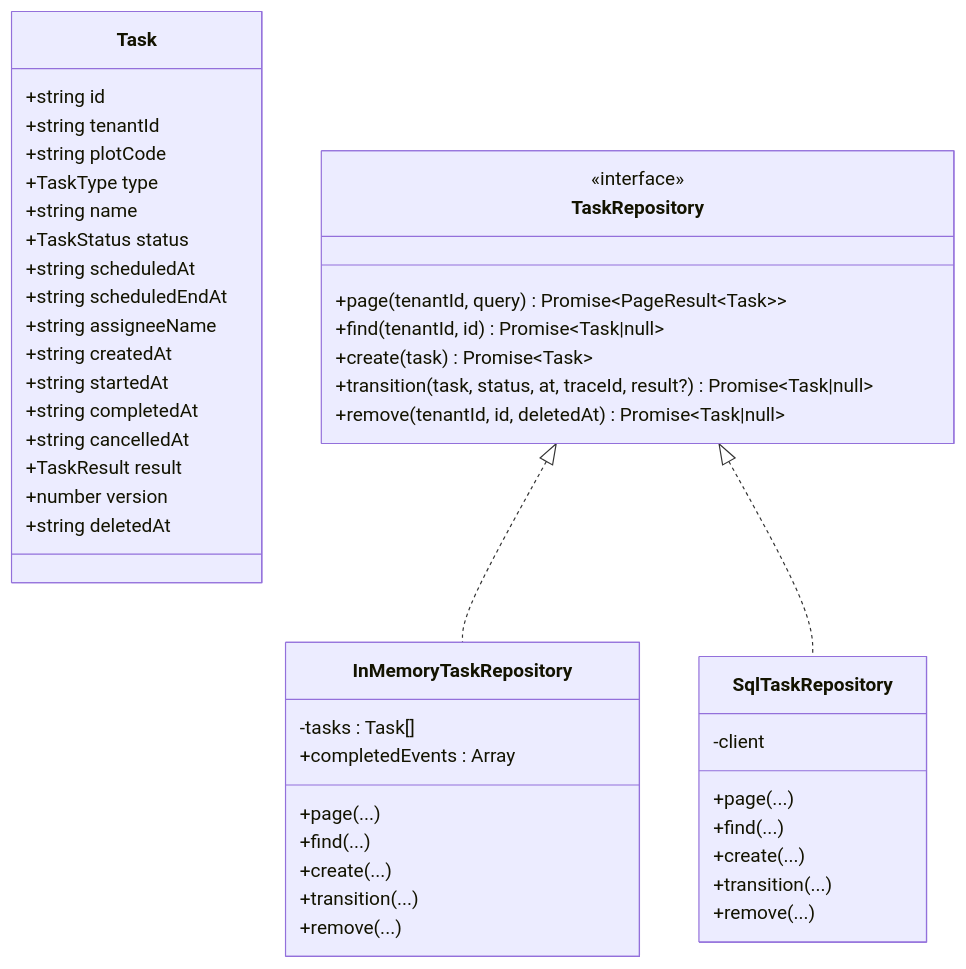
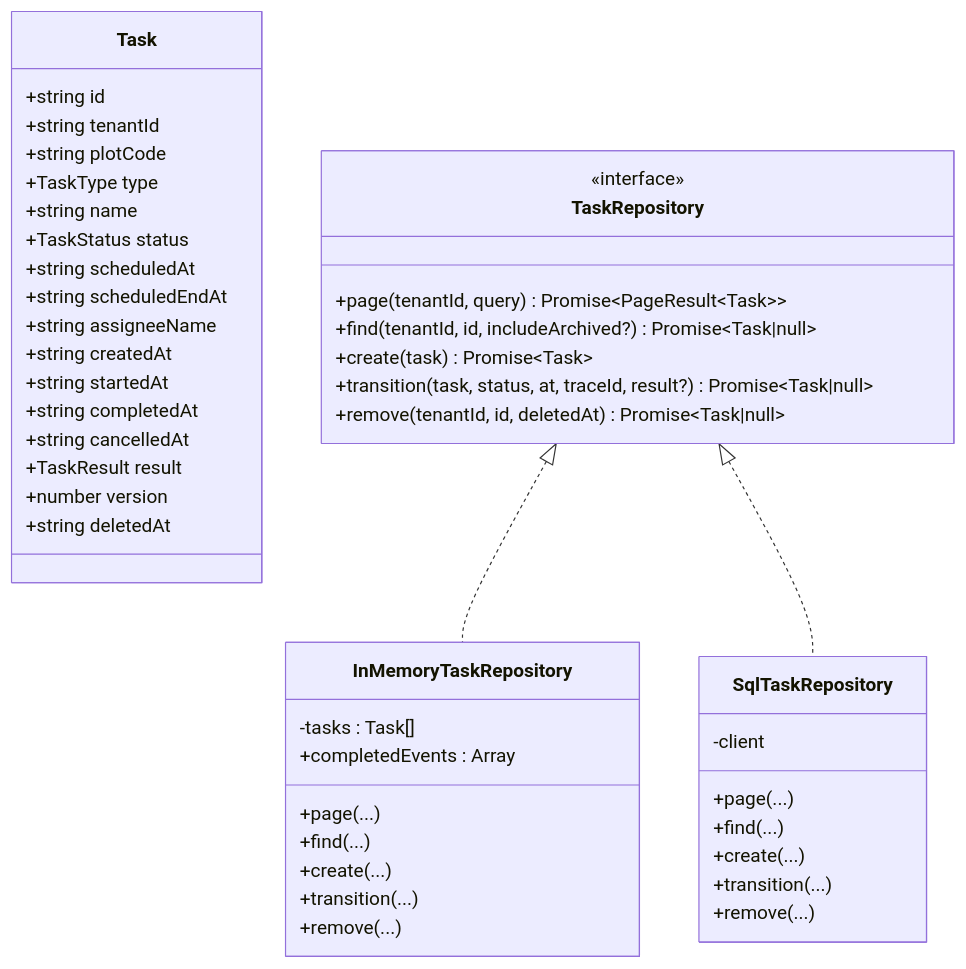
One commit to q446328246/agri-platform changed the fourth of 9 diagrams in .qoder/repowiki/zh/content/核心服务文档/作业服务.md. Above: the diagram before and after it, drawn with Mermaid. The commit also changed other lines of this file and 42 other files, not shown here.

````diff
--- a/.qoder/repowiki/zh/content/核心服务文档/作业服务.md
+++ b/.qoder/repowiki/zh/content/核心服务文档/作业服务.md
@@ -200,48 +207,48 @@
 ```mermaid
 classDiagram
 class Task {
 +string id
 +string tenantId
 +string plotCode
 +TaskType type
 +string name
 +TaskStatus status
 +string scheduledAt
 +string scheduledEndAt
 +string assigneeName
 +string createdAt
 +string startedAt
 +string completedAt
 +string cancelledAt
 +TaskResult result
 +number version
 +string deletedAt
 }
 class TaskRepository {
 <<interface>>
 +page(tenantId, query) Promise~PageResult~Task~~
-+find(tenantId, id) Promise~Task|null~
++find(tenantId, id, includeArchived?) Promise~Task|null~
 +create(task) Promise~Task~
 +transition(task, status, at, traceId, result?) Promise~Task|null~
 +remove(tenantId, id, deletedAt) Promise~Task|null~
 }
 class InMemoryTaskRepository {
 -tasks : Task[]
 +completedEvents : Array
 +page(...)
 +find(...)
 +create(...)
 +transition(...)
 +remove(...)
 }
 class SqlTaskRepository {
 -client
 +page(...)
 +find(...)
 +create(...)
 +transition(...)
 +remove(...)
 }
 TaskRepository <|.. InMemoryTaskRepository
 TaskRepository <|.. SqlTaskRepository
 ```
````
